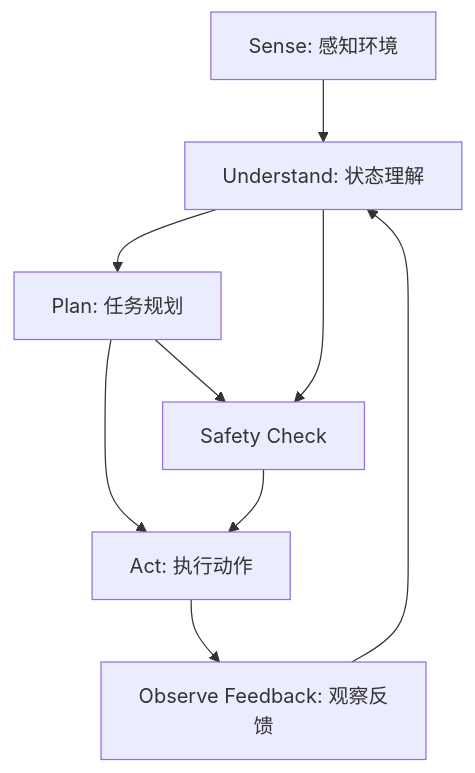
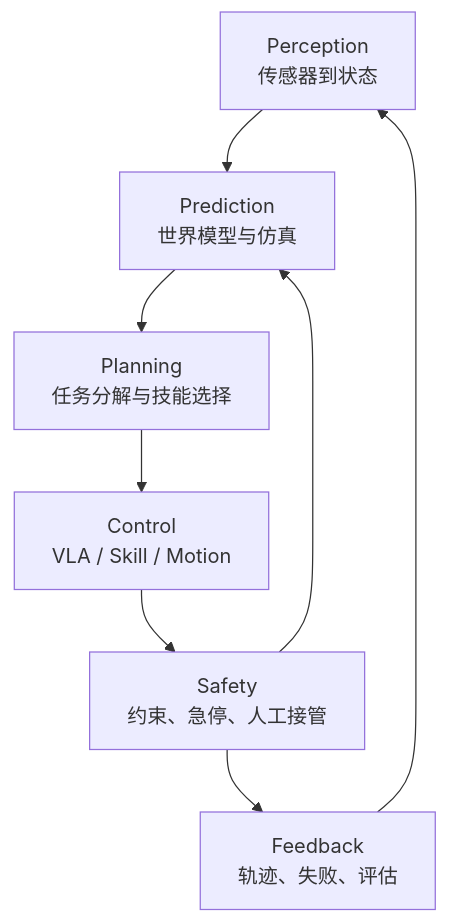
The second of 3 diagrams in books/ai-book/src/part1/06-world-models-embodied-ai.md (wxquare/wxquare.github.io), drawn with Mermaid before and after one commit. The commit also changed other lines of this file and 12 other files, not shown here.

````diff
--- a/books/ai-book/src/part1/06-world-models-embodied-ai.md
+++ b/books/ai-book/src/part1/06-world-models-embodied-ai.md
@@ -254,11 +245,10 @@
 ```mermaid
 flowchart TD
-    A["Sense: 感知环境"] --> B["Understand: 状态理解"]
-    B --> C["Plan: 任务规划"]
-    C --> D["Act: 执行动作"]
-    D --> E["Observe Feedback: 观察反馈"]
+    A["Perception<br/>传感器到状态"] --> B["Prediction<br/>世界模型与仿真"]
+    B --> C["Planning<br/>任务分解与技能选择"]
+    C --> D["Control<br/>VLA / Skill / Motion"]
+    D --> E["Safety<br/>约束、急停、人工接管"]
+    E --> F["Feedback<br/>轨迹、失败、评估"]
+    F --> A
     E --> B
-    B --> F["Safety Check"]
-    C --> F
-    F --> D
 ```
````
